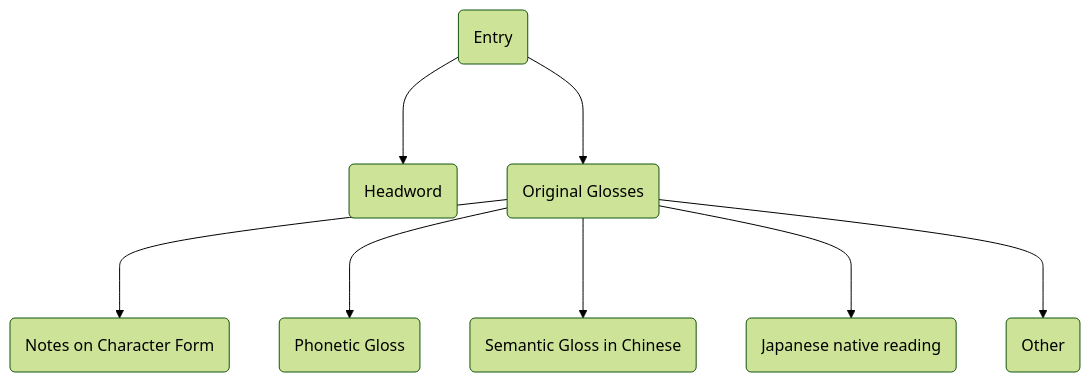
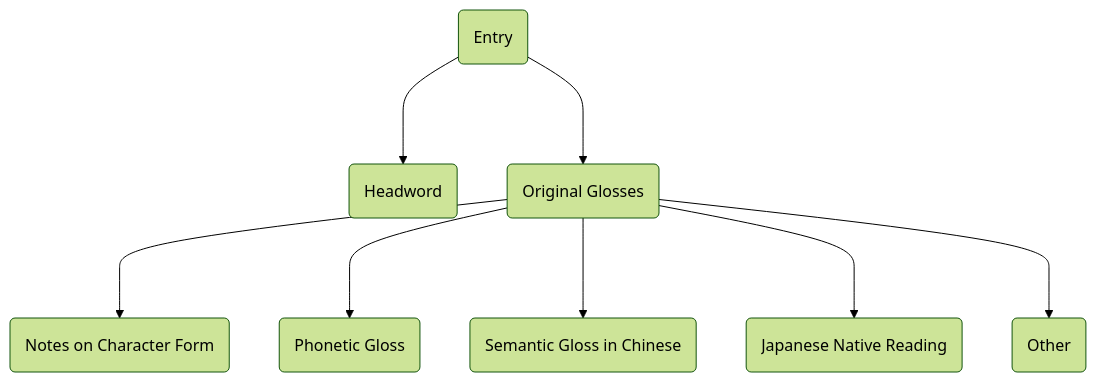
The diagram in content/docs/krm/03-entry-data-model/03-01-data-structure.en.md (shikeda/shikeda.github.io), drawn with Mermaid (forest theme) before and after one commit. The commit also changed other lines of this file and 124 other files, not shown here.

```diff
--- a/content/docs/krm/03-entry-data-model/03-01-data-structure.en.md
+++ b/content/docs/krm/03-entry-data-model/03-01-data-structure.en.md
@@ -62,11 +56,11 @@
 {{< mermaid title="Entry Structure" >}}
 graph TB
     A(Entry)
     A--->B(Headword)
     A--->C(Original Glosses)
     C--->D(Notes on Character Form)
     C--->E(Phonetic Gloss)
     C--->F(Semantic Gloss in Chinese)
-    C--->G(Japanese native reading)
+    C--->G(Japanese Native Reading)
     C--->H(Other)
 {{< /mermaid >}}
```
